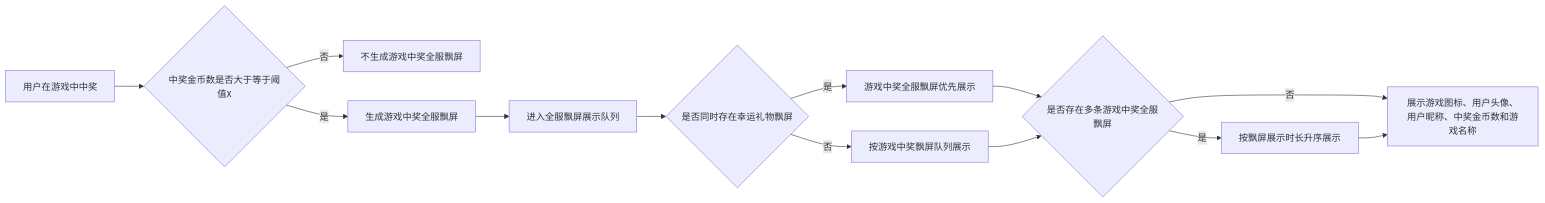
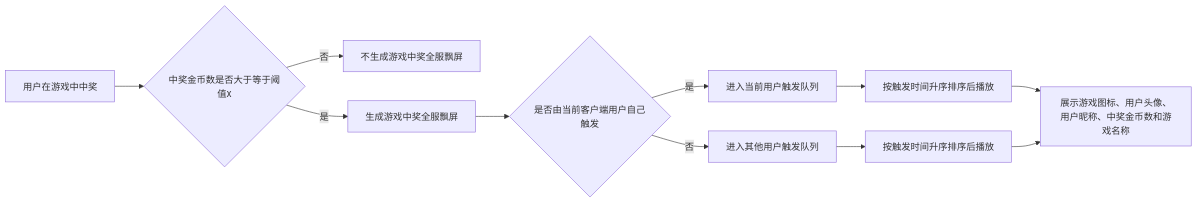
Before and after one commit to kocekid/TOPKHALIJ_2.1.35: the fifth of 5 diagrams in TOPKHALIJ_2.1.30需求文档.md, drawn with Mermaid. The commit also changed other lines of this file, not shown here.

````diff
--- a/TOPKHALIJ_2.1.30需求文档.md
+++ b/TOPKHALIJ_2.1.30需求文档.md
@@ -429,15 +445,13 @@
 ```mermaid
 flowchart LR
     A[用户在游戏中中奖] --> B{中奖金币数是否大于等于阈值x}
     B -->|否| C[不生成游戏中奖全服飘屏]
     B -->|是| D[生成游戏中奖全服飘屏]
-    D --> E[进入全服飘屏展示队列]
-    E --> F{是否同时存在幸运礼物飘屏}
-    F -->|是| G[游戏中奖全服飘屏优先展示]
-    F -->|否| H[按游戏中奖飘屏队列展示]
-    G --> I{是否存在多条游戏中奖全服飘屏}
-    H --> I
-    I -->|是| J[按飘屏展示时长升序展示]
-    I -->|否| K[展示游戏图标、用户头像、用户昵称、中奖金币数和游戏名称]
-    J --> K
+    D --> E{是否由当前客户端用户自己触发}
+    E -->|是| F[进入当前用户触发队列]
+    E -->|否| G[进入其他用户触发队列]
+    F --> H[按触发时间升序排序后播放]
+    G --> I[按触发时间升序排序后播放]
+    H --> J[展示游戏图标、用户头像、用户昵称、中奖金币数和游戏名称]
+    I --> J
 ```
````
